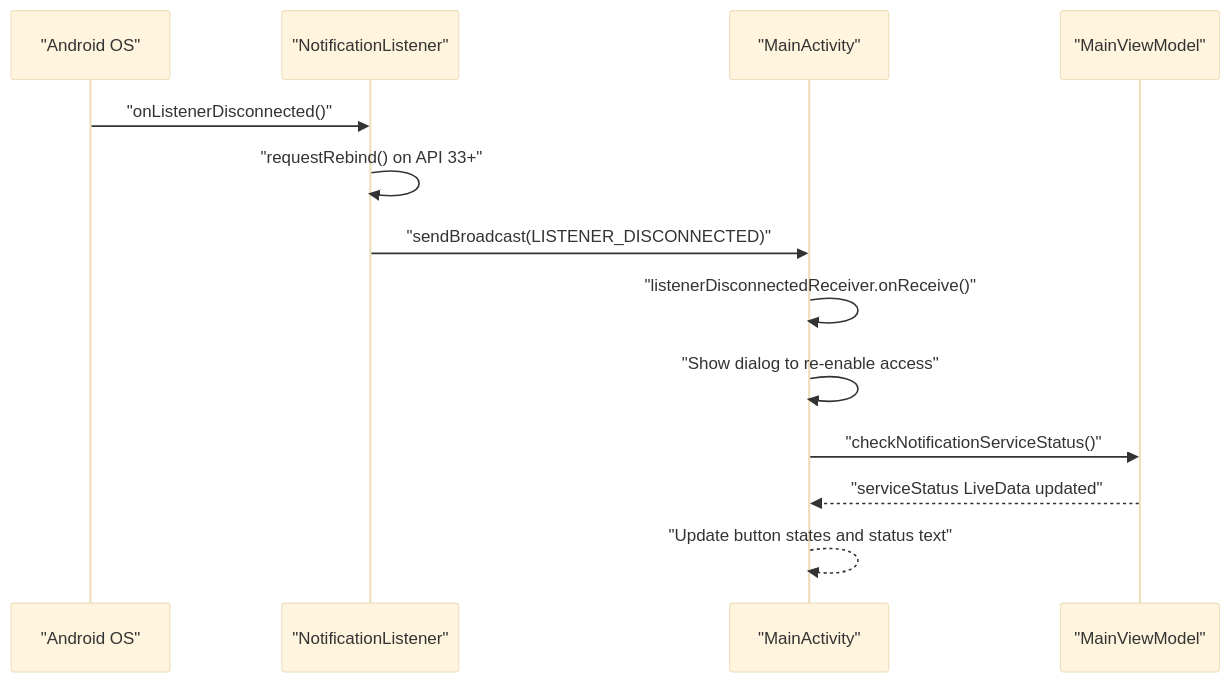
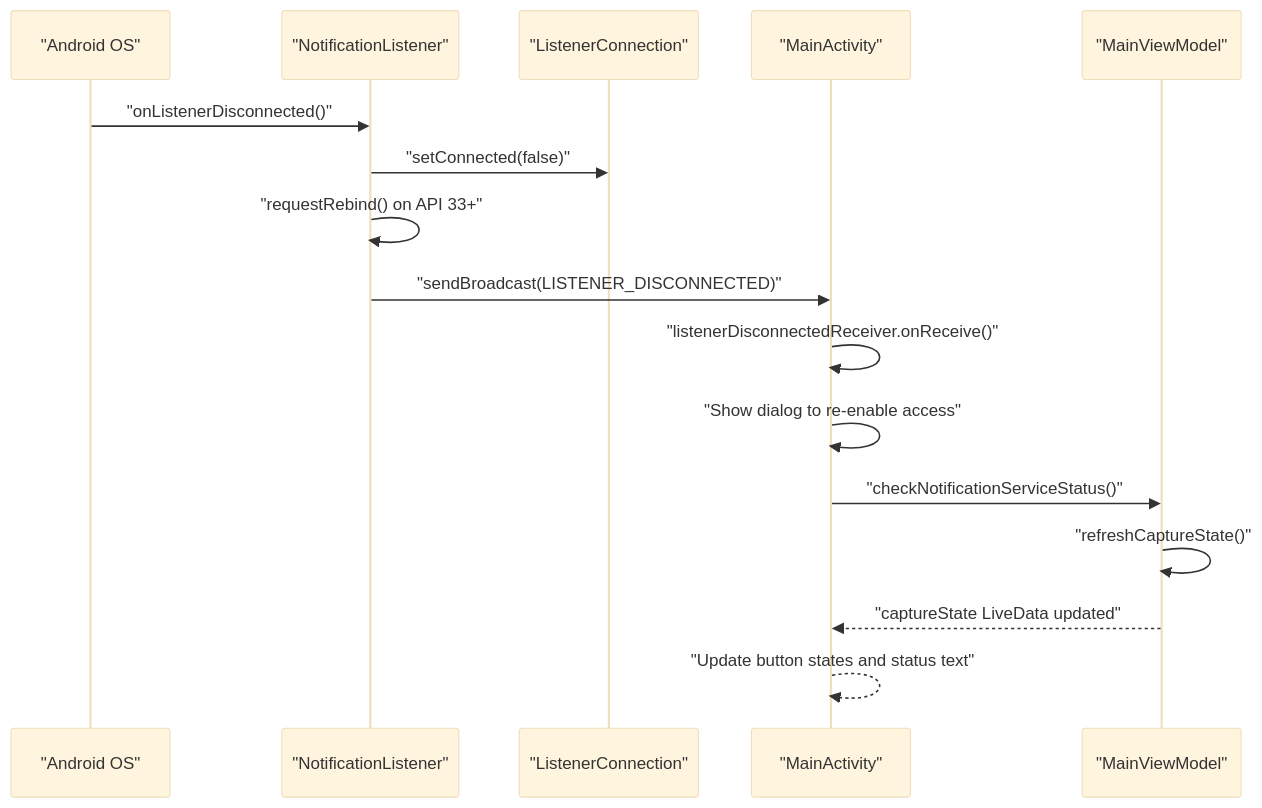
The eighth of 9 diagrams in .qoder/repowiki/en/content/API Reference/Service API.md (caldefoc/NotificationLog), drawn with Mermaid (base theme) before and after one commit. The commit also changed other lines of this file and 13 other files, not shown here.

Commit message:
docs(repowiki): regenerate the project wiki for 1.2  Adds Search and Bulk Operations under Core Features and splits the single Service Layer page into a directory with a Connection State Management child page. No content is dropped; the old flat page is superseded in place.

````diff
--- a/.qoder/repowiki/en/content/API Reference/Service API.md
+++ b/.qoder/repowiki/en/content/API Reference/Service API.md
@@ -340,15 +452,18 @@
 ```mermaid
 sequenceDiagram
 participant OS as "Android OS"
 participant Service as "NotificationListener"
+participant Conn as "ListenerConnection"
 participant UI as "MainActivity"
 participant VM as "MainViewModel"
 OS->>Service : "onListenerDisconnected()"
+Service->>Conn : "setConnected(false)"
 Service->>Service : "requestRebind() on API 33+"
 Service->>UI : "sendBroadcast(LISTENER_DISCONNECTED)"
 UI->>UI : "listenerDisconnectedReceiver.onReceive()"
 UI->>UI : "Show dialog to re-enable access"
 UI->>VM : "checkNotificationServiceStatus()"
-VM-->>UI : "serviceStatus LiveData updated"
+VM->>VM : "refreshCaptureState()"
+VM-->>UI : "captureState LiveData updated"
 UI-->>UI : "Update button states and status text"
 ```
````
